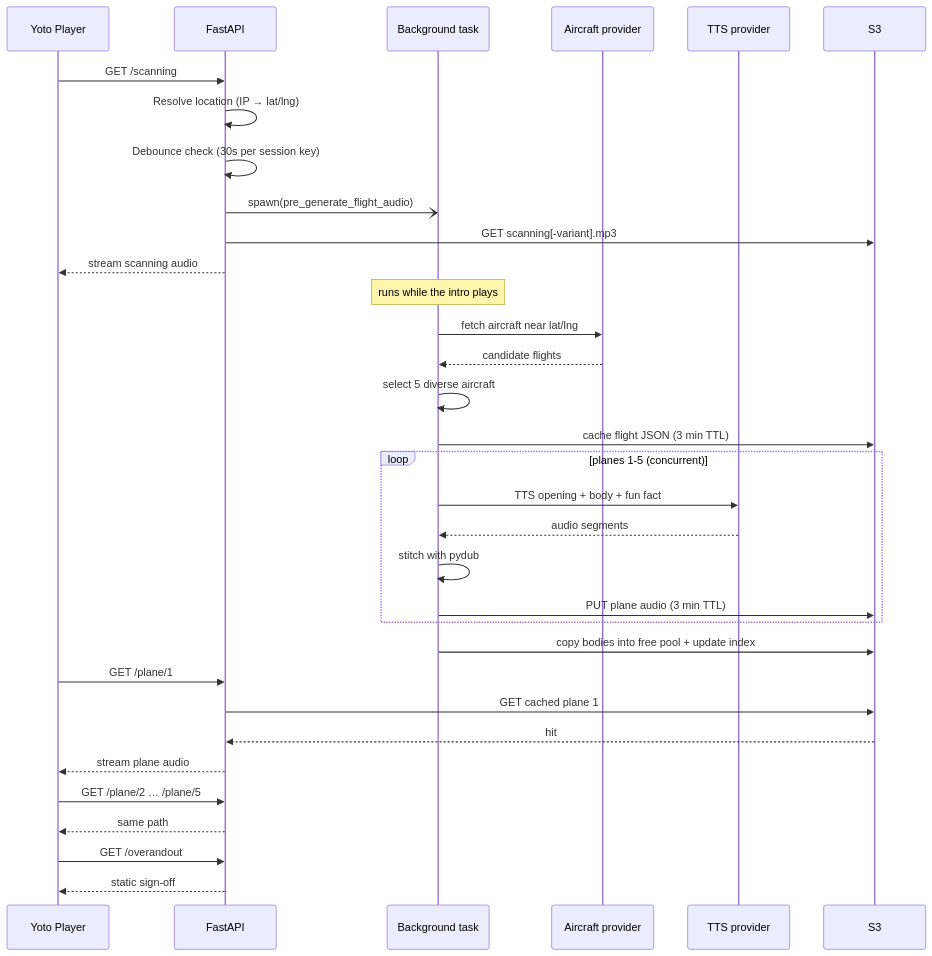
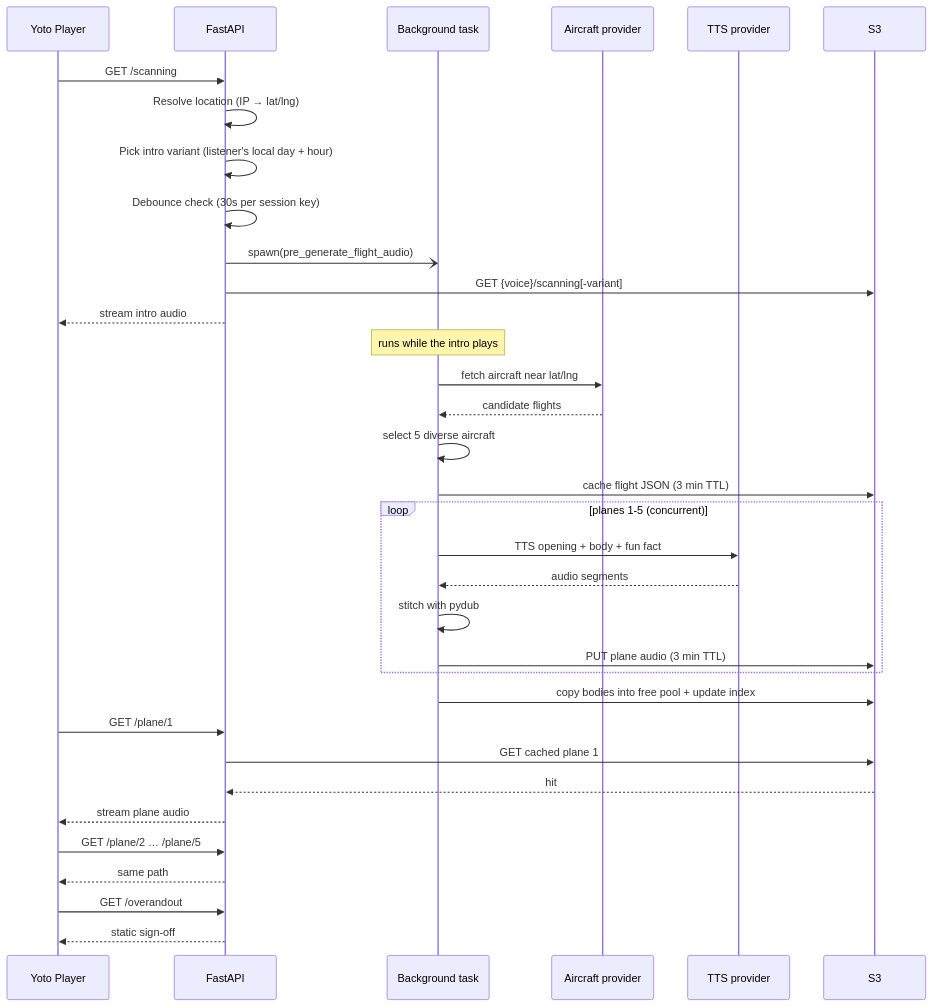
One commit to cjkm3rriman/dreaming-of-a-jet-plane changed the second of 9 diagrams in docs/ARCHITECTURE.md. Above: the diagram before and after it, drawn with Mermaid. The commit also changed other lines of this file, not shown here.

First line of the commit message:
Refresh ARCHITECTURE.md: premium session assembly flow (#83)

````diff
--- a/docs/ARCHITECTURE.md
+++ b/docs/ARCHITECTURE.md
@@ -96,40 +97,41 @@
 ```mermaid
 sequenceDiagram
     participant Y as Yoto Player
     participant A as FastAPI
     participant BG as Background task
     participant P as Aircraft provider
     participant T as TTS provider
     participant S3 as S3
 
     Y->>A: GET /scanning
     A->>A: Resolve location (IP → lat/lng)
+    A->>A: Pick intro variant (listener's local day + hour)
     A->>A: Debounce check (30s per session key)
     A-)BG: spawn(pre_generate_flight_audio)
-    A->>S3: GET scanning[-variant].mp3
-    A-->>Y: stream scanning audio
+    A->>S3: GET {voice}/scanning[-variant]
+    A-->>Y: stream intro audio
 
     Note over BG: runs while the intro plays
     BG->>P: fetch aircraft near lat/lng
     P-->>BG: candidate flights
     BG->>BG: select 5 diverse aircraft
     BG->>S3: cache flight JSON (3 min TTL)
     loop planes 1-5 (concurrent)
         BG->>T: TTS opening + body + fun fact
         T-->>BG: audio segments
         BG->>BG: stitch with pydub
         BG->>S3: PUT plane audio (3 min TTL)
     end
     BG->>S3: copy bodies into free pool + update index
 
     Y->>A: GET /plane/1
     A->>S3: GET cached plane 1
     S3-->>A: hit
     A-->>Y: stream plane audio
 
     Y->>A: GET /plane/2 … /plane/5
     A-->>Y: same path
 
     Y->>A: GET /overandout
     A-->>Y: static sign-off
 ```
````
